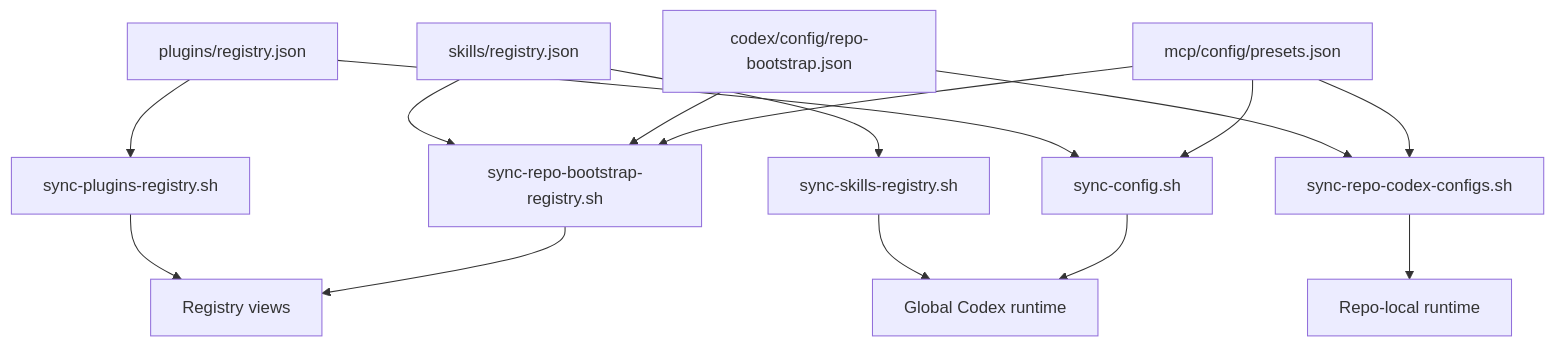
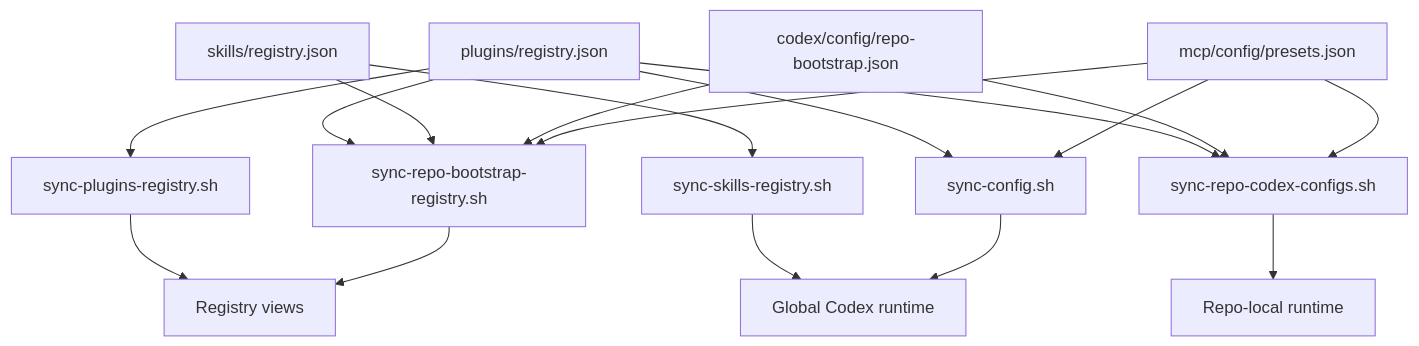
The diagram in docs/architecture/capability-bootstrap-model.md (wisdom-in-a-nutshell/.agents), drawn with Mermaid before and after one commit. The commit also changed other lines of this file and 45 other files, not shown here.

````diff
--- a/docs/architecture/capability-bootstrap-model.md
+++ b/docs/architecture/capability-bootstrap-model.md
@@ -9,30 +9,32 @@
 ```mermaid
 flowchart TD
     P[plugins/registry.json]
     A[skills/registry.json]
     B[codex/config/repo-bootstrap.json]
     C[mcp/config/presets.json]
     PS[sync-plugins-registry.sh]
     E[sync-skills-registry.sh]
     F[sync-repo-codex-configs.sh]
     G[sync-config.sh]
     H[sync-repo-bootstrap-registry.sh]
     I[Global Codex runtime]
     J[Repo-local runtime]
     K[Registry views]
 
     P --> PS
     P --> G
+    P --> F
+    P --> H
     PS --> K
     A --> E
     A --> H
     B --> F
     B --> H
     C --> F
     C --> G
     C --> H
     E --> I
     F --> J
     G --> I
     H --> K
 ```
````
